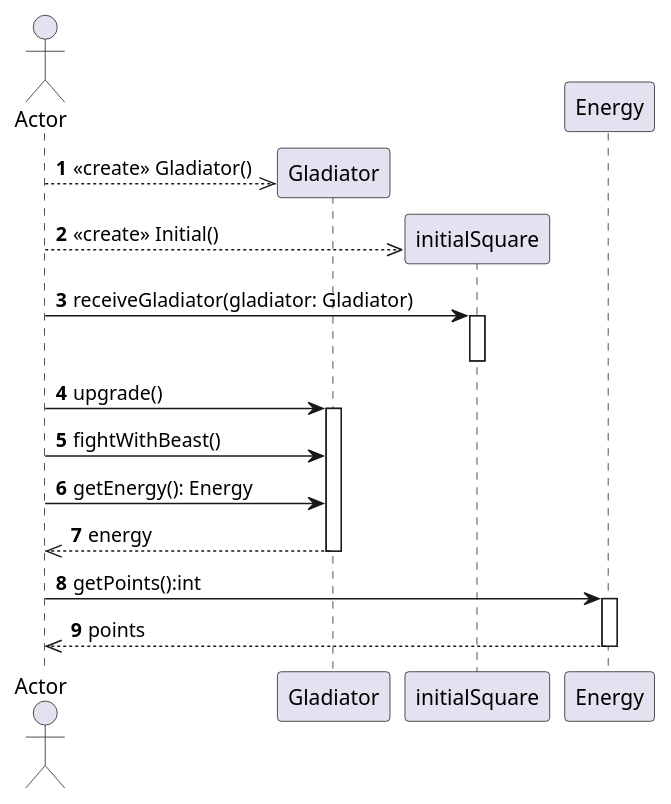
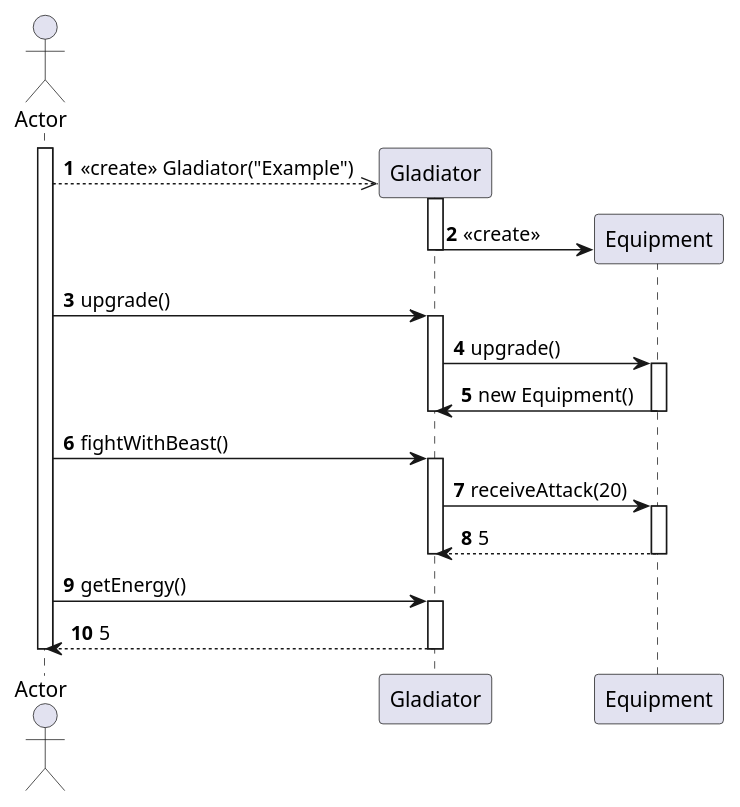
One commit to PabloGCH/tp2-algo3 changed the diagram in diagrams/sequences/UseCase05.puml. Above: the diagram before and after it, drawn with PlantUML. The commit also changed 95 other files, not shown here.

```diff
--- a/diagrams/sequences/UseCase05.puml
+++ b/diagrams/sequences/UseCase05.puml
@@ -1,24 +1,35 @@
 @startuml
 autonumber
 actor Actor
+activate Actor
+
 create Gladiator
-Actor -->> Gladiator: <<create>> Gladiator()
-create initialSquare
-Actor -->> initialSquare: <<create>> Initial()
-Actor -> initialSquare: receiveGladiator(gladiator: Gladiator)
-activate initialSquare
-deactivate initialSquare
+Actor -->> Gladiator: <<create>> Gladiator("Example")
+activate Gladiator
+    create Equipment
+    Gladiator -> Equipment: <<create>>
+deactivate Gladiator
 
 Actor -> Gladiator: upgrade()
 activate Gladiator
-Actor -> Gladiator: fightWithBeast()
-Actor -> Gladiator: getEnergy(): Energy
-Gladiator -->> Actor: energy
+    Gladiator -> Equipment: upgrade()
+    activate Equipment
+        Equipment -> Gladiator: new Equipment()
+    deactivate Equipment
 deactivate Gladiator
 
-Actor -> Energy: getPoints():int
-activate Energy
-Energy -->> Actor: points
-deactivate Energy
+Actor -> Gladiator: fightWithBeast()
+activate Gladiator
+    Gladiator -> Equipment: receiveAttack(20)
+    activate Equipment
+        Equipment --> Gladiator: 5
+    deactivate Equipment
+deactivate Gladiator
+
+Actor -> Gladiator: getEnergy()
+activate Gladiator
+    Gladiator --> Actor: 5
+deactivate Gladiator
+
 deactivate Actor
 @enduml
```
